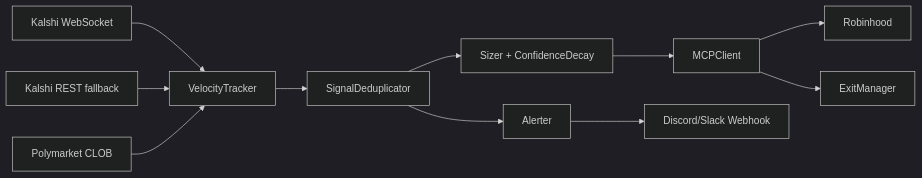
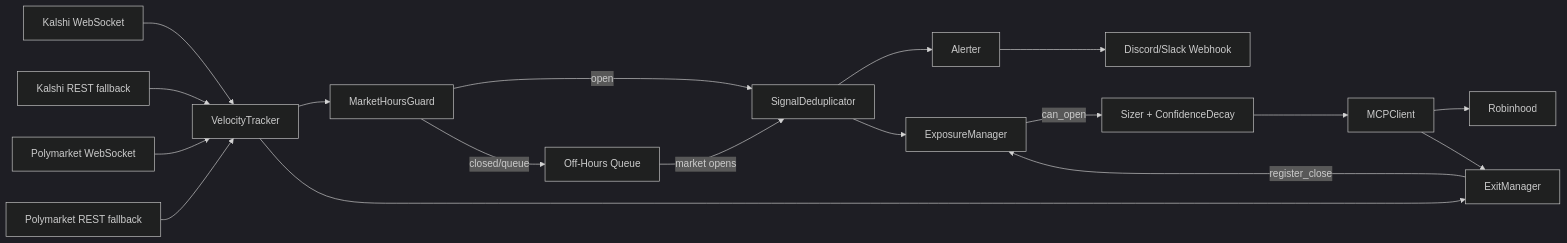
Before and after one commit to arpjw/robinhood: the diagram in README.md, drawn with Mermaid (dark theme). The commit also changed other lines of this file and 15 other files, not shown here.

Commit message:
Implement V3: exposure limits, market hours guard, reverse velocity exit, Polymarket WebSocket, sector dedup

````diff
--- a/README.md
+++ b/README.md
@@ -140,13 +166,20 @@
 ```mermaid
 flowchart LR
     KW[Kalshi WebSocket] --> V[VelocityTracker]
     KR[Kalshi REST fallback] --> V
-    P[Polymarket CLOB] --> V
-    V --> D[SignalDeduplicator]
+    PW[Polymarket WebSocket] --> V
+    PR[Polymarket REST fallback] --> V
+    V --> MH[MarketHoursGuard]
+    MH -- open --> D[SignalDeduplicator]
+    MH -- closed/queue --> Q[Off-Hours Queue]
+    Q -- market opens --> D
     D --> A[Alerter]
-    D --> S[Sizer + ConfidenceDecay]
+    D --> EM[ExposureManager]
+    EM -- can_open --> S[Sizer + ConfidenceDecay]
     S --> M[MCPClient]
     M --> R[Robinhood]
     M --> E[ExitManager]
+    E -- register_close --> EM
+    V --> E
     A --> WH[Discord/Slack Webhook]
 ```
````
